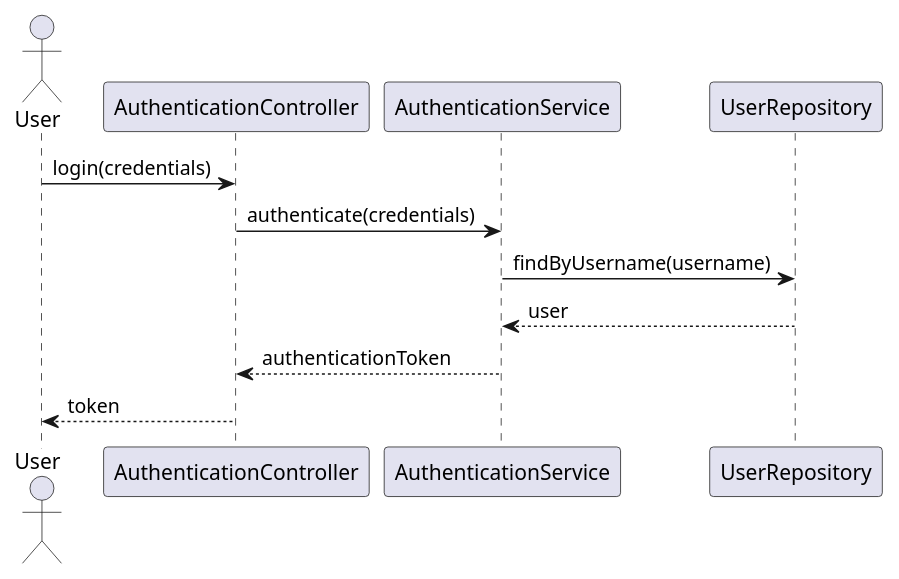
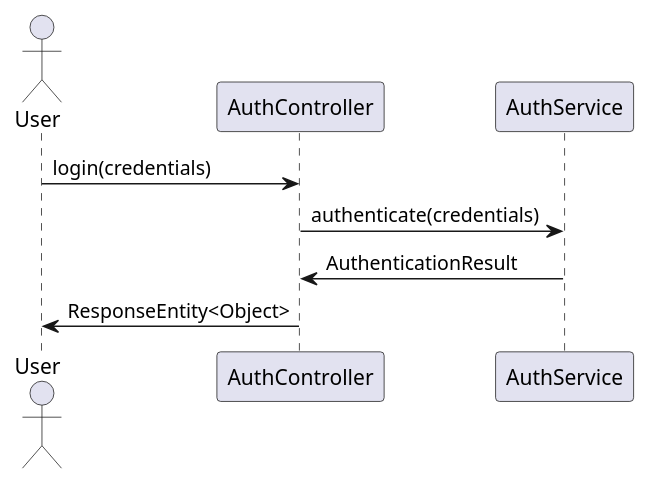
The second of 4 diagrams in vehiclemanagement/documentation/detaileddesign.adoc (Dinesh-s95/AutoDoc.ai), drawn with PlantUML before and after one commit. The commit also changed other lines of this file and 15 other files, not shown here.

```diff
--- a/vehiclemanagement/documentation/detaileddesign.adoc
+++ b/vehiclemanagement/documentation/detaileddesign.adoc
@@ -94,16 +95,13 @@
 [plantuml, authentication-sequence, png]
-----
+....
 @startuml
 actor User
-participant AuthenticationController
-participant AuthenticationService
-participant UserRepository
+participant "AuthController" as AC
+participant "AuthService" as AS
 
-User -> AuthenticationController : login(credentials)
-AuthenticationController -> AuthenticationService : authenticate(credentials)
-AuthenticationService -> UserRepository : findByUsername(username)
-UserRepository --> AuthenticationService : user
-AuthenticationService --> AuthenticationController : authenticationToken
-AuthenticationController --> User : token
+User -> AC : login(credentials)
+AC -> AS : authenticate(credentials)
+AS -> AC : AuthenticationResult
+AC -> User : ResponseEntity<Object>
 @enduml
-----
+....
```
